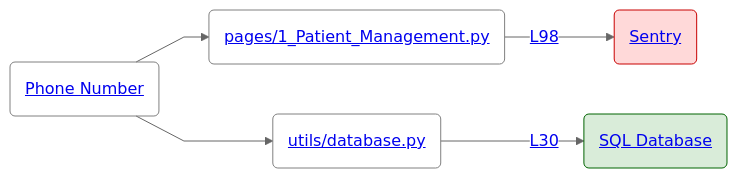
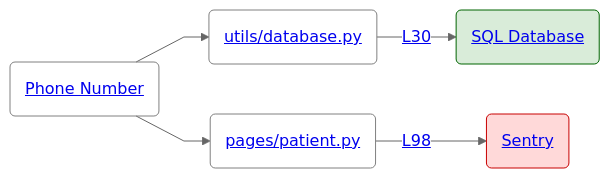
The sixth of 12 diagrams in hounddog-sample-report.md (hounddogai/hounddog), drawn with Mermaid (neutral theme) before and after one commit. The commit also changed other lines of this file and 1 other file, not shown here.

Commit message:
Update demo.gif and hounddog-sample-report.md

````diff
--- a/hounddog-sample-report.md
+++ b/hounddog-sample-report.md
@@ -498,19 +507,19 @@
 ```mermaid
 %%{init: {'flowchart': {'curve': 'linear'}}}%%
 flowchart LR
 de_60("<a href='#data-element-60'>Phone Number</a>")
 style de_60 fill:none,stroke:#808080,stroke-width:1px
-file_60_327b0e11e7f2e0a3078f064ed4ea403d("<a href='https://github.com/hounddogai/hounddog-test-python-app/blob/781c916790f5/pages/1_Patient_Management.py'>pages/1_Patient_Management.py</a>")
-style file_60_327b0e11e7f2e0a3078f064ed4ea403d fill:none,stroke:#808080,stroke-width:1px
-de_60 --> file_60_327b0e11e7f2e0a3078f064ed4ea403d
-file_60_327b0e11e7f2e0a3078f064ed4ea403d --> |<a href='https://github.com/hounddogai/hounddog-test-python-app/blob/781c916790f5/pages/1_Patient_Management.py#L98-L102'>L98</a>| sink_sentry
 file_60_a5d31205d55c70dbb753118aeba456b0("<a href='https://github.com/hounddogai/hounddog-test-python-app/blob/781c916790f5/utils/database.py'>utils/database.py</a>")
 style file_60_a5d31205d55c70dbb753118aeba456b0 fill:none,stroke:#808080,stroke-width:1px
 de_60 --> file_60_a5d31205d55c70dbb753118aeba456b0
 file_60_a5d31205d55c70dbb753118aeba456b0 --> |<a href='https://github.com/hounddogai/hounddog-test-python-app/blob/781c916790f5/utils/database.py#L30-L30'>L30</a>| sink_sql_db
+file_60_0a6344e795897f52ee7ed6e95daf4674("<a href='https://github.com/hounddogai/hounddog-test-python-app/blob/781c916790f5/pages/patient.py'>pages/patient.py</a>")
+style file_60_0a6344e795897f52ee7ed6e95daf4674 fill:none,stroke:#808080,stroke-width:1px
+de_60 --> file_60_0a6344e795897f52ee7ed6e95daf4674
+file_60_0a6344e795897f52ee7ed6e95daf4674 --> |<a href='https://github.com/hounddogai/hounddog-test-python-app/blob/781c916790f5/pages/patient.py#L98-L102'>L98</a>| sink_sentry
 sink_sql_db("<a href='#data-sink-sql-db'>SQL Database</a>")
 style sink_sql_db fill:#00800026,stroke:#006400,color:#006400
 sink_sentry("<a href='#data-sink-sentry'>Sentry</a>")
 style sink_sentry fill:#FF000026,stroke:#C80000,color:#C80000
 
 ```
````
